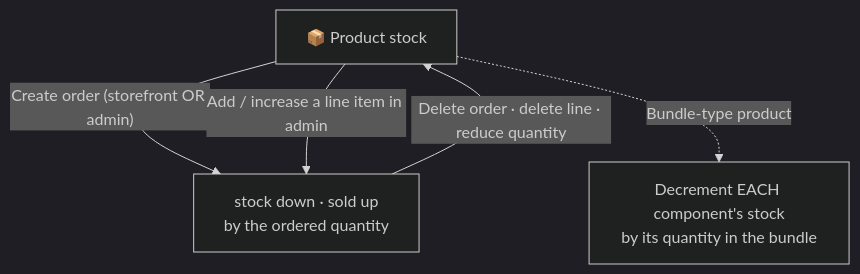
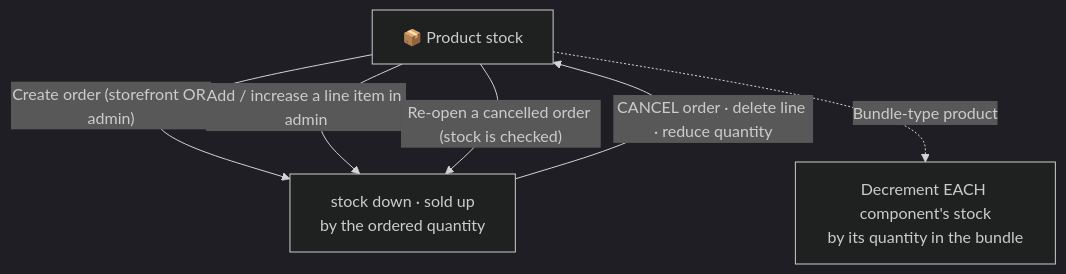
One commit to gp247net/gp247-docs changed the diagram in s-cart/product-stock-management.md. Above: the diagram before and after it, drawn with Mermaid (dark theme). The commit also changed other lines of this file and 7 other files, not shown here.

````diff
--- a/s-cart/product-stock-management.md
+++ b/s-cart/product-stock-management.md
@@ -25,8 +25,9 @@
 ```mermaid
 flowchart TD
     A["📦 Product stock"]
     A -->|"Create order (storefront OR admin)"| B["stock down · sold up<br/>by the ordered quantity"]
     A -->|"Add / increase a line item in admin"| B
-    B -->|"Delete order · delete line · reduce quantity"| A
+    B -->|"CANCEL order · delete line · reduce quantity"| A
+    A -->|"Re-open a cancelled order (stock is checked)"| B
     A -.->|"Bundle-type product"| C["Decrement EACH component's stock<br/>by its quantity in the bundle"]
 ```
````
